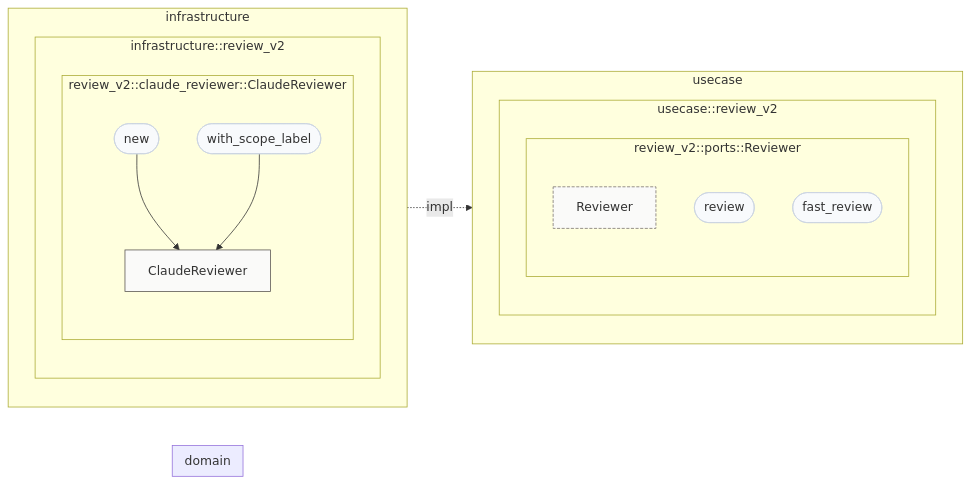
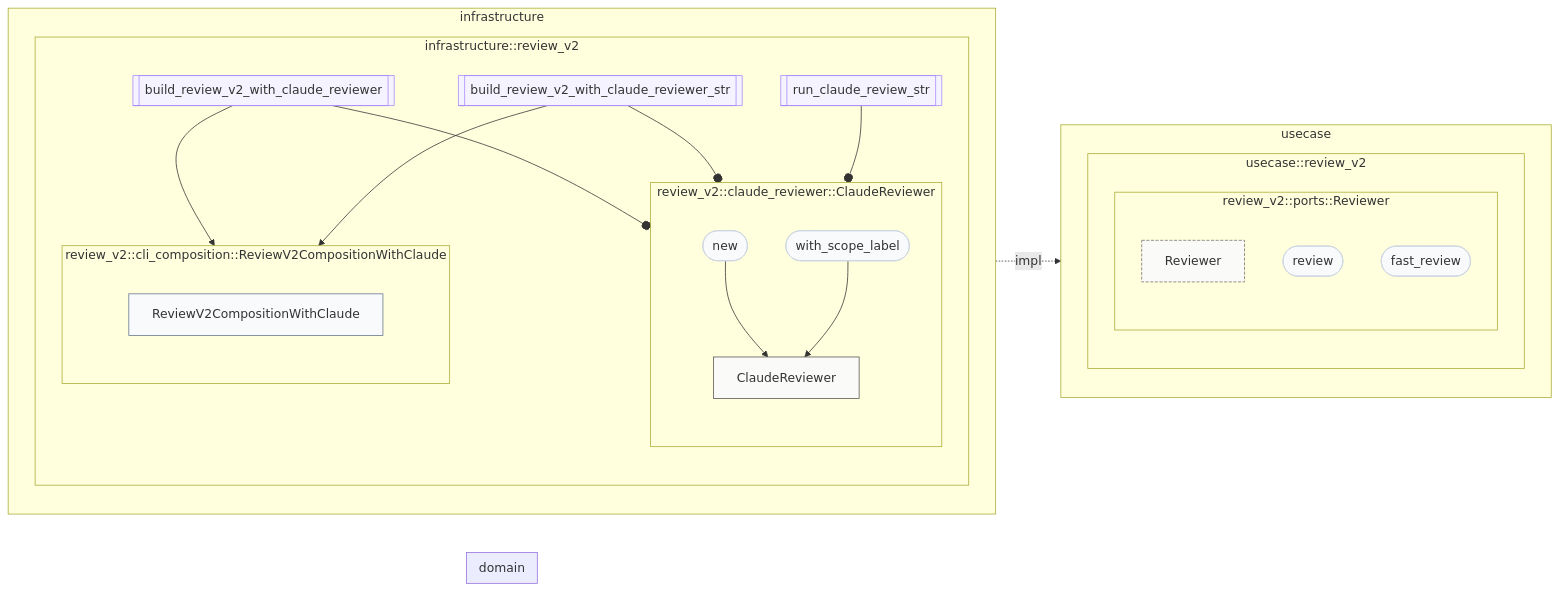
One commit to Flip451/SoTOHE-core changed the diagram in track/items/reviewer-claude-option-2026-05-24/contract-map.md. Above: the diagram before and after it, drawn with Mermaid. The commit also changed 25 other files, not shown here.

````diff
--- a/track/items/reviewer-claude-option-2026-05-24/contract-map.md
+++ b/track/items/reviewer-claude-option-2026-05-24/contract-map.md
@@ -2,61 +2,80 @@
 ```mermaid
 flowchart LR
 classDef aggregate_root fill:#ede9fe,stroke:#4c1d95,stroke-width:2px
 classDef app_service fill:#ecfdf5,stroke:#059669,stroke-width:2px
 classDef command fill:#fff7ed,stroke:#c2410c,stroke-width:1px
 classDef domain_service fill:#fee2e2,stroke:#991b1b,stroke-width:1px
 classDef dto fill:#f8fafc,stroke:#64748b,stroke-width:1px
 classDef entity fill:#dbeafe,stroke:#1e40af,stroke-width:2px
 classDef error_type fill:#fef2f2,stroke:#b91c1c,stroke-width:1px,stroke-dasharray:4 2
 classDef factory fill:#e0f2fe,stroke:#0369a1,stroke-width:1px
 classDef free_function fill:#f5f3ff,stroke:#7c3aed,stroke-width:1px
 classDef function_node fill:#f5f3ff,stroke:#a78bfa,stroke-width:1px
 classDef interactor fill:#f0fdfa,stroke:#0d9488,stroke-width:1px
 classDef method_node fill:#f8fafc,stroke:#cbd5e1,stroke-width:1px
 classDef query fill:#f0f9ff,stroke:#0369a1,stroke-width:1px
 classDef secondary_adapter fill:#fafaf9,stroke:#57534e,stroke-width:1px
 classDef secondary_port fill:#fafaf9,stroke:#78716c,stroke-width:1px,stroke-dasharray:4 2
 classDef specification fill:#fdf4ff,stroke:#6b21a8,stroke-width:1px
 classDef specification_port fill:#fdf4ff,stroke:#9333ea,stroke-width:1px,stroke-dasharray:4 2
 classDef typestate_overlay stroke:#dc2626,stroke-width:3px
 classDef use_case fill:#ecfeff,stroke:#0e7490,stroke-width:1px
 classDef use_case_function fill:#eef2ff,stroke:#4338ca,stroke-width:1px
 classDef value_object fill:#d1fae5,stroke:#065f46,stroke-width:1px
 classDef variant_node fill:#fafaf9,stroke:#d6d3d1,stroke-width:1px
 subgraph domain["domain"]
   direction TB
 end
 subgraph usecase["usecase"]
   direction TB
   subgraph usecase_usecase_module_review_v2["usecase::review_v2"]
     direction TB
   subgraph R24_usecase_usecase_Reviewer["review_v2::ports::Reviewer"]
     direction TB
     R24_usecase_usecase_Reviewer__self[Reviewer]
     R24_usecase_usecase_Reviewer_review([review])
     R24_usecase_usecase_Reviewer_fast_review([fast_review])
   end
   end
 end
 subgraph infrastructure["infrastructure"]
   direction TB
   subgraph infrastructure_infrastructure_module_review_v2["infrastructure::review_v2"]
     direction TB
   subgraph T44_infrastructure_infrastructure_ClaudeReviewer["review_v2::claude_reviewer::ClaudeReviewer"]
     direction TB
     T44_infrastructure_infrastructure_ClaudeReviewer__self[ClaudeReviewer]
     T44_infrastructure_infrastructure_ClaudeReviewer_new([new])
     T44_infrastructure_infrastructure_ClaudeReviewer_with_scope_label([with_scope_label])
   end
+  subgraph T59_infrastructure_infrastructure_ReviewV2CompositionWithClaude["review_v2::cli_composition::ReviewV2CompositionWithClaude"]
+    direction TB
+    T59_infrastructure_infrastructure_ReviewV2CompositionWithClaude__self[ReviewV2CompositionWithClaude]
+  end
+  F110_infrastructure_infrastructure_infrastructure__review_v2__cli_composition__build_review_v2_with_claude_reviewer[[build_review_v2_with_claude_reviewer]]
+  F114_infrastructure_infrastructure_infrastructure__review_v2__cli_composition__build_review_v2_with_claude_reviewer_str[[build_review_v2_with_claude_reviewer_str]]
+  F95_infrastructure_infrastructure_infrastructure__review_v2__cli_composition__run_claude_review_str[[run_claude_review_str]]
   end
 end
 T44_infrastructure_infrastructure_ClaudeReviewer_new --> T44_infrastructure_infrastructure_ClaudeReviewer__self
 T44_infrastructure_infrastructure_ClaudeReviewer_with_scope_label --> T44_infrastructure_infrastructure_ClaudeReviewer__self
+F110_infrastructure_infrastructure_infrastructure__review_v2__cli_composition__build_review_v2_with_claude_reviewer --o T44_infrastructure_infrastructure_ClaudeReviewer__self
+F110_infrastructure_infrastructure_infrastructure__review_v2__cli_composition__build_review_v2_with_claude_reviewer --> T59_infrastructure_infrastructure_ReviewV2CompositionWithClaude__self
+F114_infrastructure_infrastructure_infrastructure__review_v2__cli_composition__build_review_v2_with_claude_reviewer_str --o T44_infrastructure_infrastructure_ClaudeReviewer__self
+F114_infrastructure_infrastructure_infrastructure__review_v2__cli_composition__build_review_v2_with_claude_reviewer_str --> T59_infrastructure_infrastructure_ReviewV2CompositionWithClaude__self
+F95_infrastructure_infrastructure_infrastructure__review_v2__cli_composition__run_claude_review_str --o T44_infrastructure_infrastructure_ClaudeReviewer__self
 T44_infrastructure_infrastructure_ClaudeReviewer__self -.impl.-> R24_usecase_usecase_Reviewer__self
 class R24_usecase_usecase_Reviewer_review method_node
 class R24_usecase_usecase_Reviewer_fast_review method_node
 class R24_usecase_usecase_Reviewer__self secondary_port
 class T44_infrastructure_infrastructure_ClaudeReviewer_new method_node
 class T44_infrastructure_infrastructure_ClaudeReviewer_with_scope_label method_node
 class T44_infrastructure_infrastructure_ClaudeReviewer__self secondary_adapter
+class T59_infrastructure_infrastructure_ReviewV2CompositionWithClaude__self dto
+class F110_infrastructure_infrastructure_infrastructure__review_v2__cli_composition__build_review_v2_with_claude_reviewer free_function
+class F110_infrastructure_infrastructure_infrastructure__review_v2__cli_composition__build_review_v2_with_claude_reviewer function_node
+class F114_infrastructure_infrastructure_infrastructure__review_v2__cli_composition__build_review_v2_with_claude_reviewer_str free_function
+class F114_infrastructure_infrastructure_infrastructure__review_v2__cli_composition__build_review_v2_with_claude_reviewer_str function_node
+class F95_infrastructure_infrastructure_infrastructure__review_v2__cli_composition__run_claude_review_str free_function
+class F95_infrastructure_infrastructure_infrastructure__review_v2__cli_composition__run_claude_review_str function_node
 ```
````
